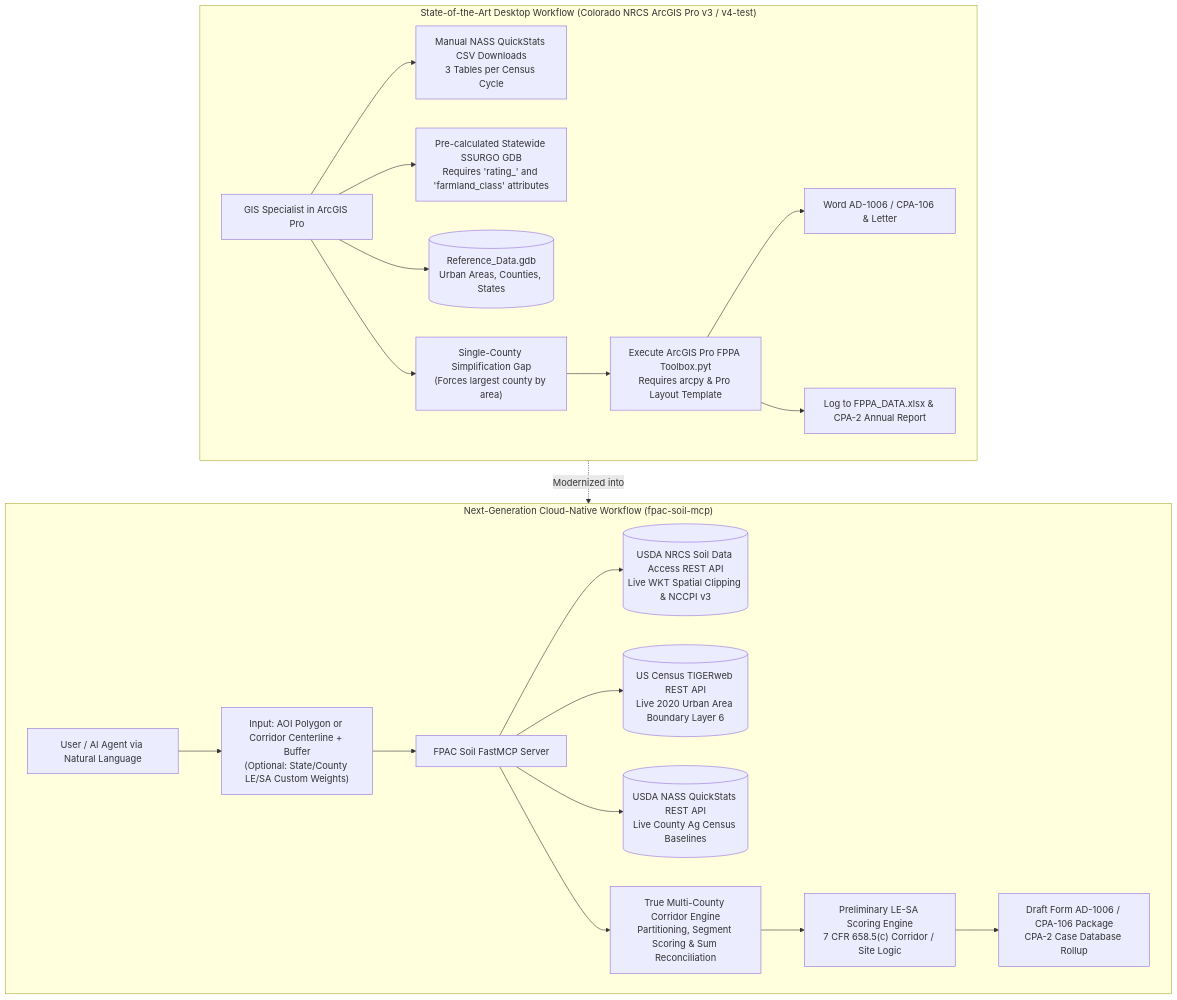
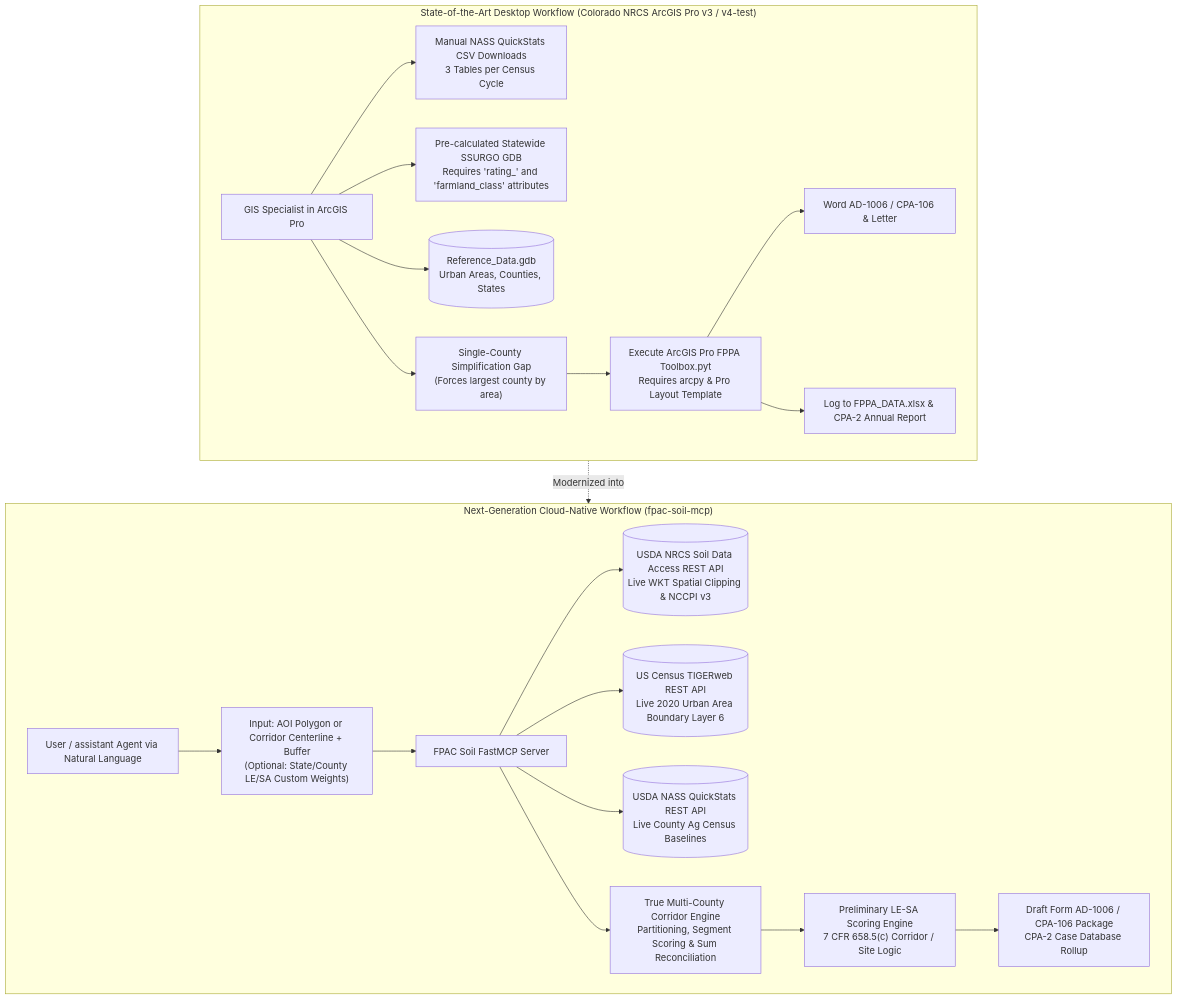
Before and after one commit to AndrewBrown-USDA/fpac-soil-mcp: the first of 3 diagrams in planning/RESEARCH_ARCGIS_TOOLBOX_CROSSWALK.md, drawn with Mermaid. The commit also changed other lines of this file and 27 other files, not shown here.

Commit message:
docs(readme): restore architecture detail and terminology

````diff
--- a/planning/RESEARCH_ARCGIS_TOOLBOX_CROSSWALK.md
+++ b/planning/RESEARCH_ARCGIS_TOOLBOX_CROSSWALK.md
@@ -28,27 +28,27 @@
 ```mermaid
 flowchart TB
     subgraph Desktop_Legacy ["State-of-the-Art Desktop Workflow (Colorado NRCS ArcGIS Pro v3 / v4-test)"]
         User_Desktop["GIS Specialist in ArcGIS Pro"] --> Manual_NASS["Manual NASS QuickStats CSV Downloads\n3 Tables per Census Cycle"]
         User_Desktop --> Manual_SSURGO["Pre-calculated Statewide SSURGO GDB\nRequires 'rating_' and 'farmland_class' attributes"]
         User_Desktop --> Local_GDB[("Reference_Data.gdb\nUrban Areas, Counties, States")]
         User_Desktop --> Single_County_Gap["Single-County Simplification Gap\n(Forces largest county by area)"]
         Single_County_Gap --> ArcPy_Script["Execute ArcGIS Pro FPPA Toolbox.pyt\nRequires arcpy & Pro Layout Template"]
         ArcPy_Script --> Docx_Out["Word AD-1006 / CPA-106 & Letter"]
         ArcPy_Script --> Excel_Out["Log to FPPA_DATA.xlsx & CPA-2 Annual Report"]
     end
 
     subgraph MCP_Modern ["Next-Generation Cloud-Native Workflow (fpac-soil-mcp)"]
-        User_Agent["User / AI Agent via Natural Language"] --> Agent_Intake["Input: AOI Polygon or Corridor Centerline + Buffer\n(Optional: State/County LE/SA Custom Weights)"]
+        User_Agent["User / assistant Agent via Natural Language"] --> Agent_Intake["Input: AOI Polygon or Corridor Centerline + Buffer\n(Optional: State/County LE/SA Custom Weights)"]
         Agent_Intake --> MCP_Server["FPAC Soil FastMCP Server"]
         
         MCP_Server --> SDA_API[("USDA NRCS Soil Data Access REST API\nLive WKT Spatial Clipping & NCCPI v3")]
         MCP_Server --> Census_API[("US Census TIGERweb REST API\nLive 2020 Urban Area Boundary Layer 6")]
         MCP_Server --> NASS_API[("USDA NASS QuickStats REST API\nLive County Ag Census Baselines")]
         
         MCP_Server --> MultiCounty_Engine["True Multi-County Corridor Engine\nPartitioning, Segment Scoring & Sum Reconciliation"]
         MultiCounty_Engine --> Engine_LESA["Preliminary LE-SA Scoring Engine\n7 CFR 658.5(c) Corridor / Site Logic"]
         Engine_LESA --> Artifact_Gen["Draft Form AD-1006 / CPA-106 Package\nCPA-2 Case Database Rollup"]
     end
 
     Desktop_Legacy -.->|Modernized into| MCP_Modern
 ```
````
